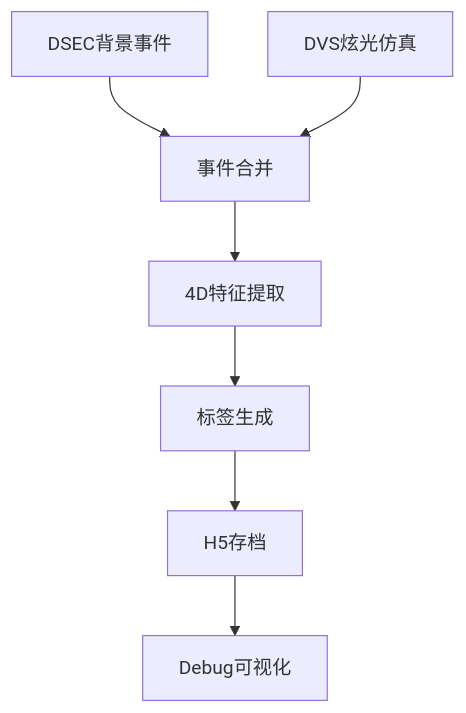
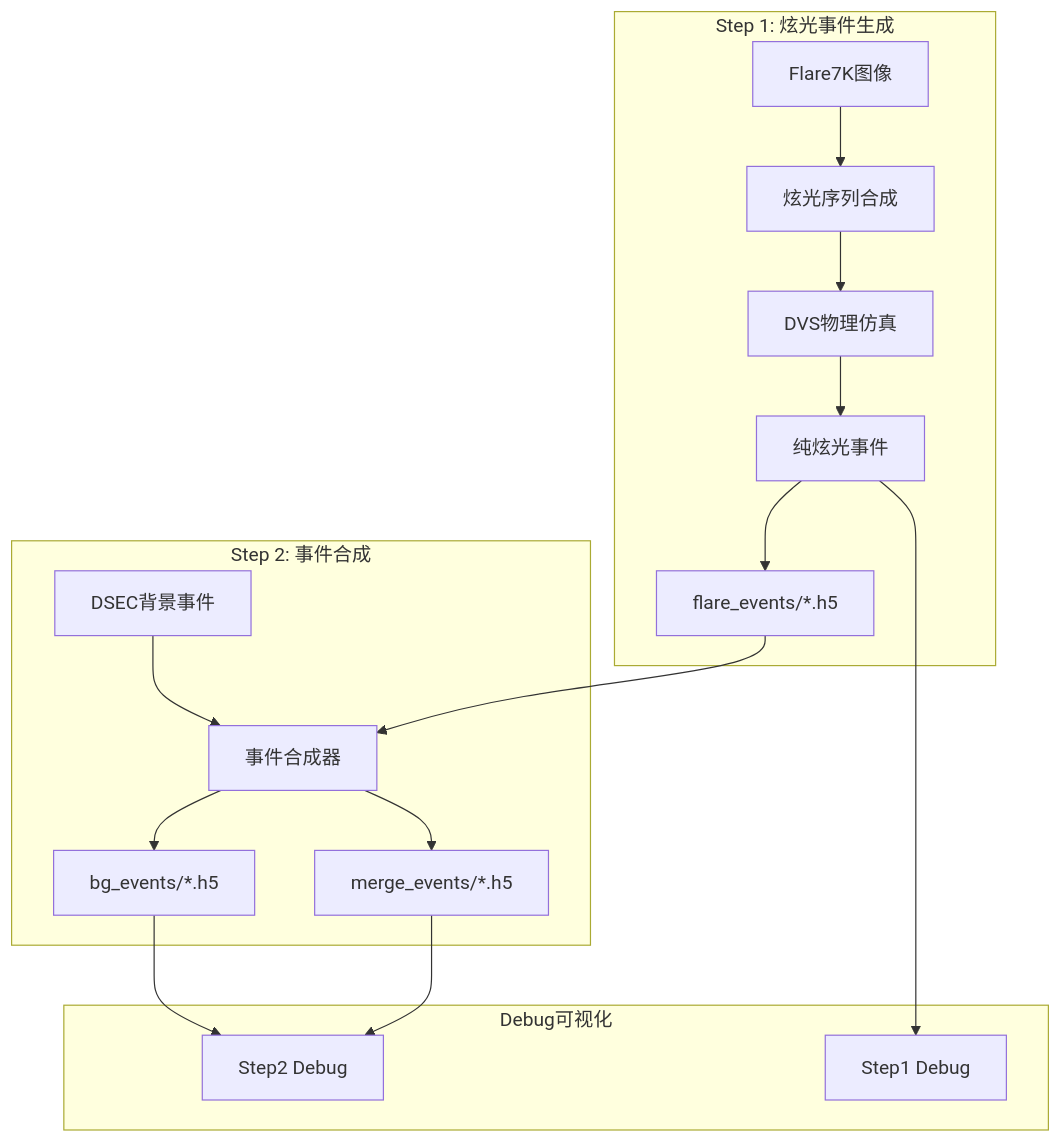
Before and after one commit to lanpokn/EDFFM: the diagram in CLAUDE.md, drawn with Mermaid. The commit also changed other lines of this file and 5 other files, not shown here.

````diff
--- a/CLAUDE.md
+++ b/CLAUDE.md
@@ -65,9 +83,22 @@
 ```mermaid
 graph TD
-    A[DSEC背景事件] --> C[事件合并]
-    B[DVS炫光仿真] --> C
-    C --> D[4D特征提取]
-    D --> E[标签生成]
-    E --> F[H5存档]
-    F --> G[Debug可视化]
+    subgraph "Step 1: 炫光事件生成"
+        A[Flare7K图像] --> B[炫光序列合成]
+        B --> C[DVS物理仿真]
+        C --> D[纯炫光事件]
+        D --> E[flare_events/*.h5]
+    end
+    
+    subgraph "Step 2: 事件合成"
+        F[DSEC背景事件] --> H[事件合成器]
+        E --> H
+        H --> I[bg_events/*.h5]
+        H --> J[merge_events/*.h5]
+    end
+    
+    subgraph "Debug可视化"
+        D --> K[Step1 Debug]
+        I --> L[Step2 Debug]
+        J --> L
+    end
 ```
````
